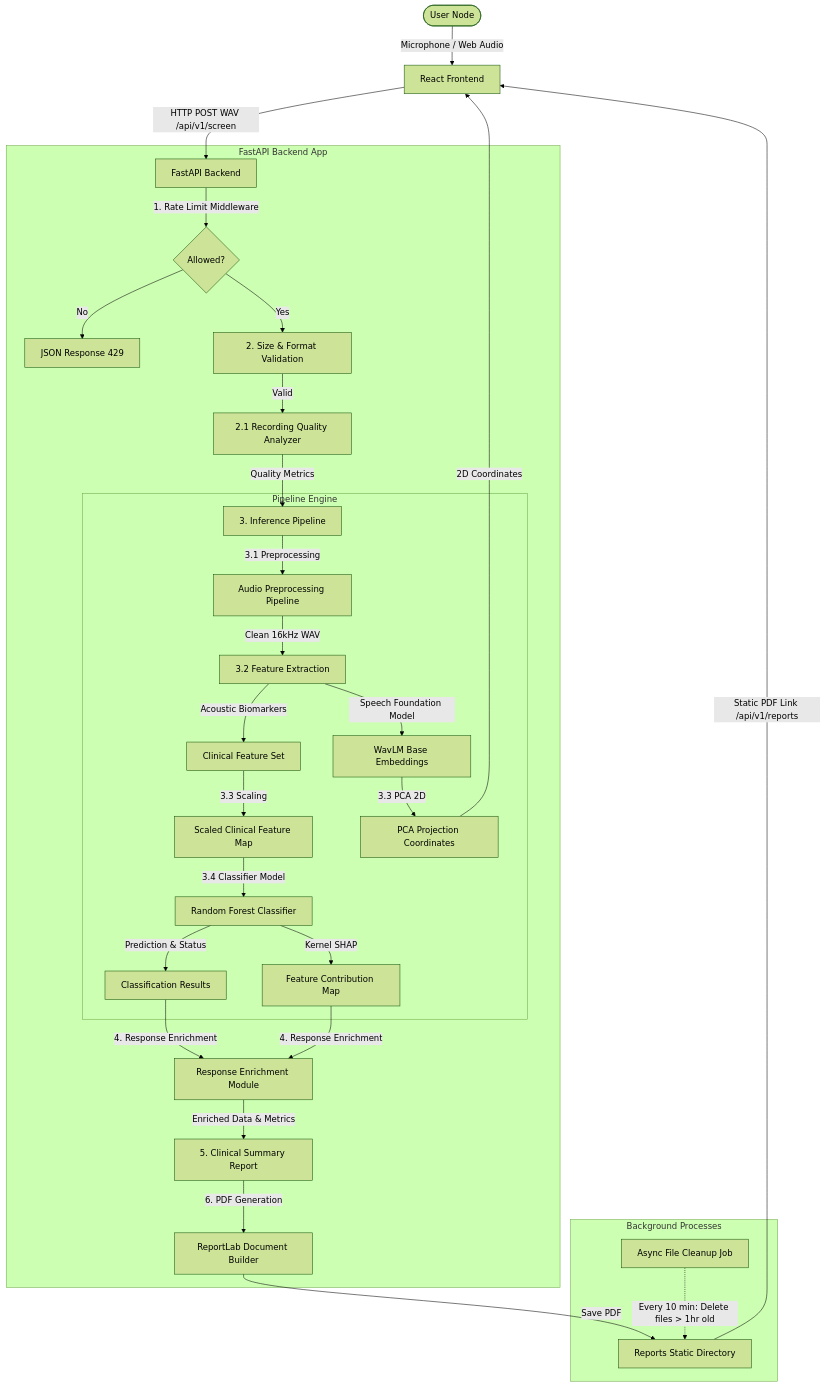
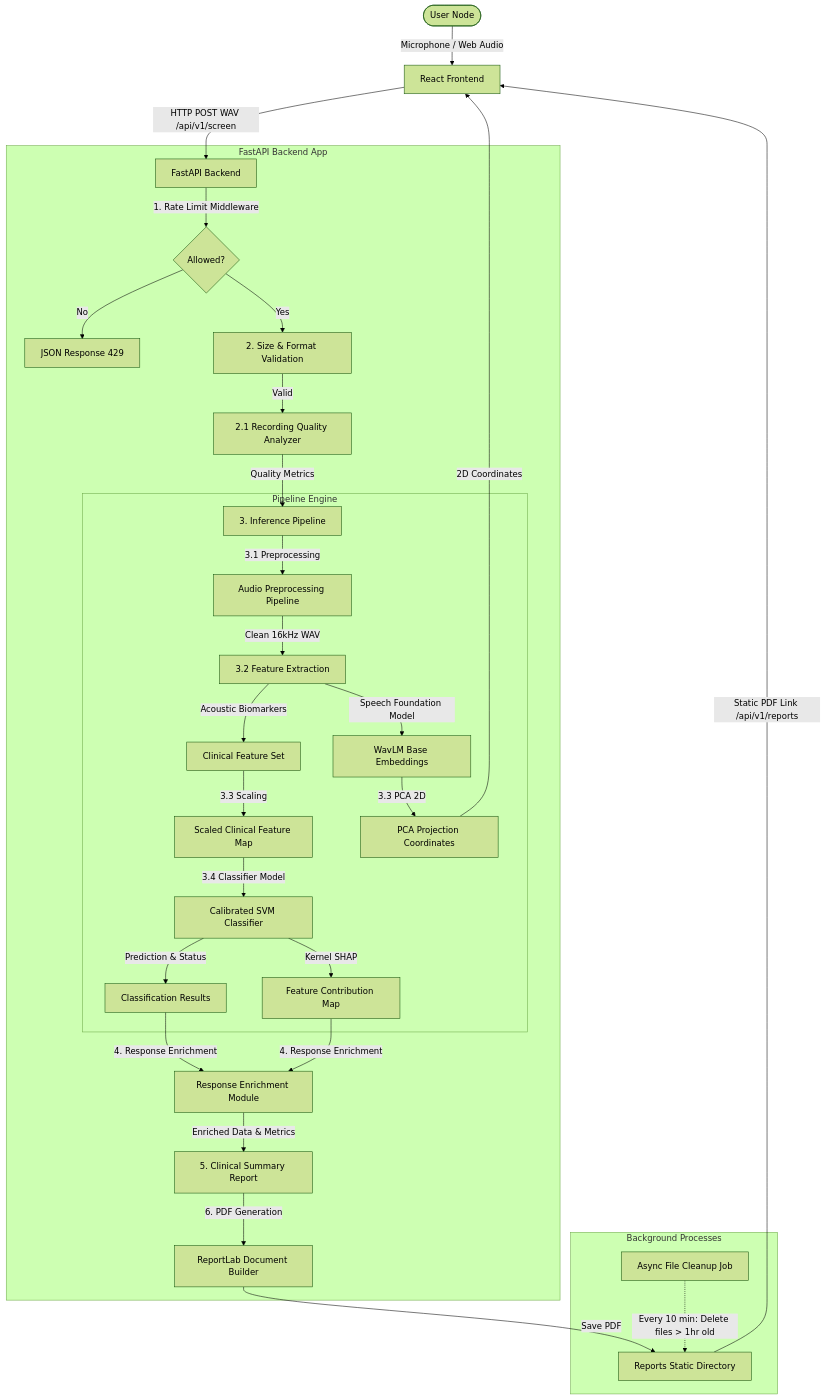
Before and after one commit to VaibhavUPratap/vitavoice: the diagram in docs/architecture.md, drawn with Mermaid (forest theme). The commit also changed other lines of this file and 28 other files, not shown here.

Commit message:
feat: upgrade ML pipeline to Calibrated SVM with L1 feature selection and GroupKFold, boost ROC-AUC to 0.86

````diff
--- a/docs/architecture.md
+++ b/docs/architecture.md
@@ -13,42 +13,42 @@
 ```mermaid
 graph TD
     User([User Node]) -->|Microphone / Web Audio| FE[React Frontend]
     FE -->|HTTP POST WAV /api/v1/screen| BE[FastAPI Backend]
     
     subgraph FastAPI Backend App
         BE -->|1. Rate Limit Middleware| RL{Allowed?}
         RL -->|No| R_429[JSON Response 429]
         RL -->|Yes| VAL[2. Size & Format Validation]
         
         VAL -->|Valid| QUAL[2.1 Recording Quality Analyzer]
         QUAL -->|Quality Metrics| INF[3. Inference Pipeline]
         
         subgraph Pipeline Engine
             INF -->|3.1 Preprocessing| PP[Audio Preprocessing Pipeline]
             PP -->|Clean 16kHz WAV| FE_EXT[3.2 Feature Extraction]
             
             FE_EXT -->|Acoustic Biomarkers| F_CLI[Clinical Feature Set]
             FE_EXT -->|Speech Foundation Model| F_EMB[WavLM Base Embeddings]
             
             F_CLI -->|3.3 Scaling| SCALED[Scaled Clinical Feature Map]
-            SCALED -->|3.4 Classifier Model| CLF[Random Forest Classifier]
+            SCALED -->|3.4 Classifier Model| CLF[Calibrated SVM Classifier]
             
             F_EMB -->|3.3 PCA 2D| PCA_PROJ[PCA Projection Coordinates]
             
             CLF -->|Prediction & Status| OUT[Classification Results]
             CLF -->|Kernel SHAP| SHAP[Feature Contribution Map]
         end
         
         OUT & SHAP -->|4. Response Enrichment| ENRICH[Response Enrichment Module]
         ENRICH -->|Enriched Data & Metrics| REP[5. Clinical Summary Report]
         REP -->|6. PDF Generation| PDF[ReportLab Document Builder]
     end
     
     PDF -->|Save PDF| STR[Reports Static Directory]
     STR -->|Static PDF Link /api/v1/reports| FE
     PCA_PROJ -->|2D Coordinates| FE
     
     subgraph Background Processes
         BG[Async File Cleanup Job] -.->|Every 10 min: Delete files > 1hr old| STR
     end
 ```
````
